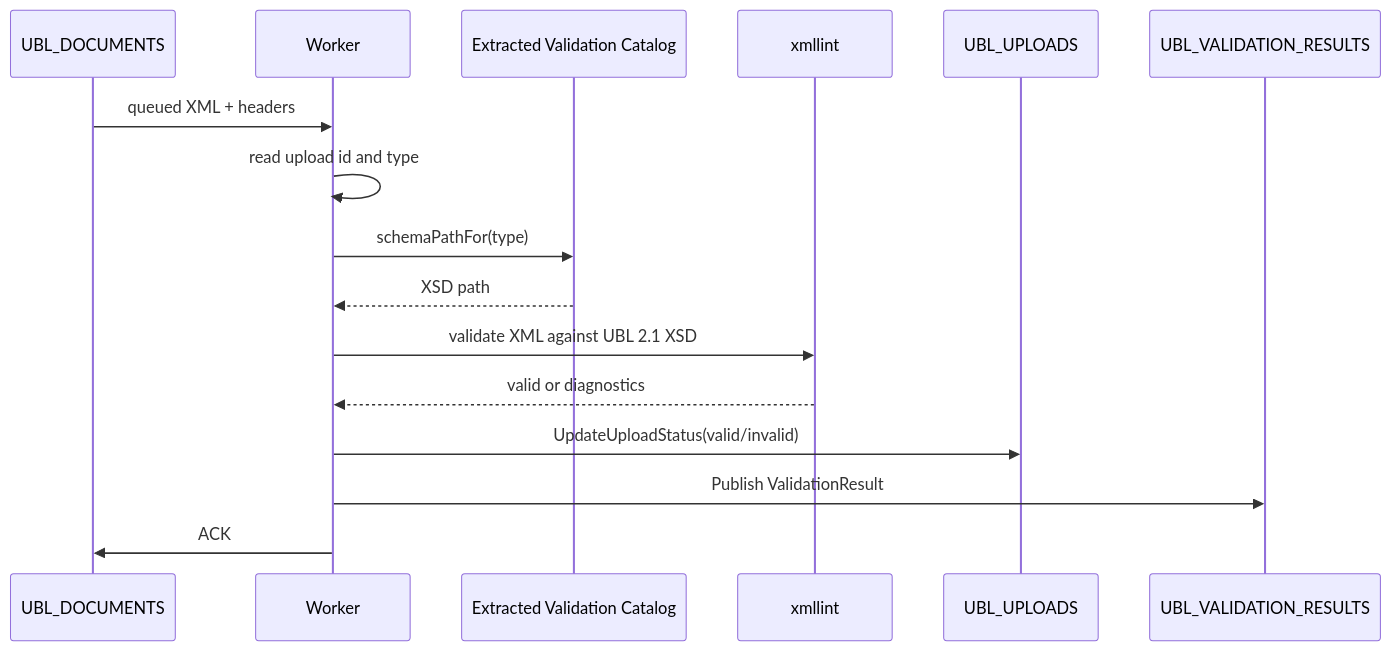
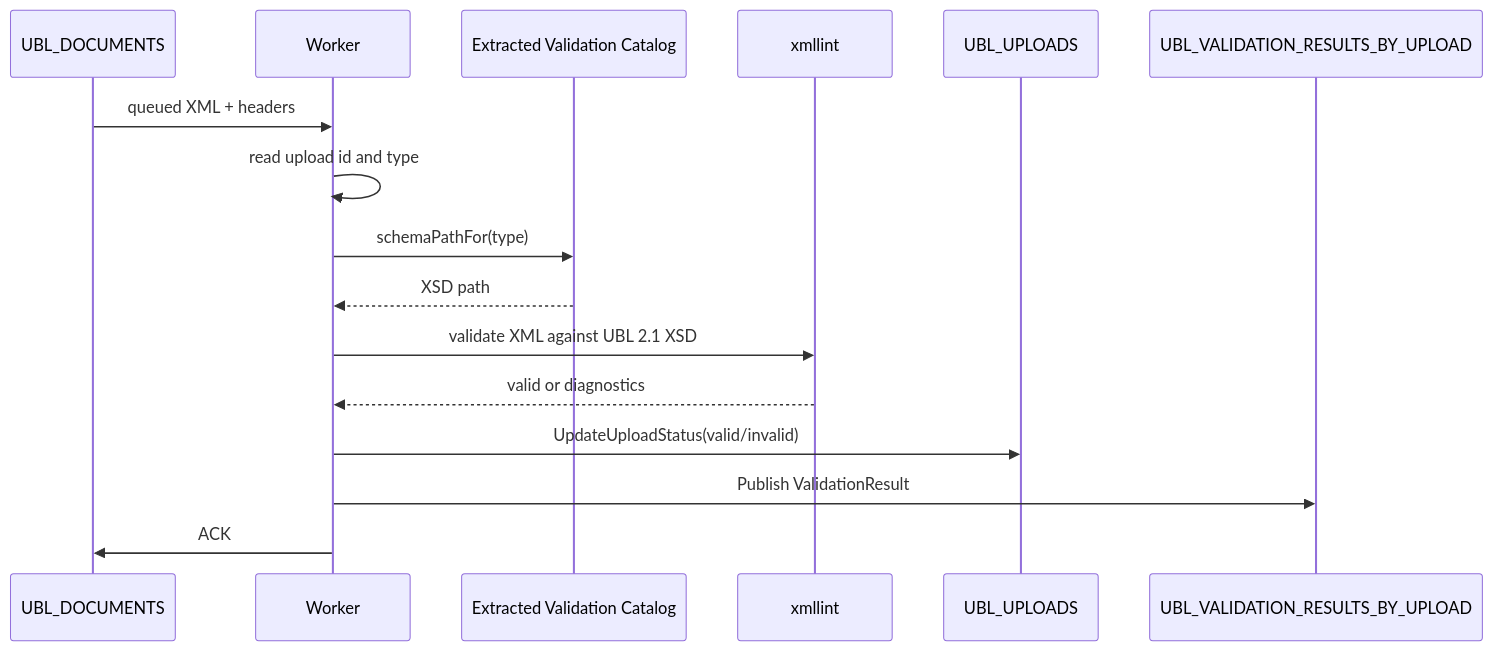
One commit to PaddyFrenchman/e-ubl21 changed the third of 4 diagrams in SERVER-DATAFLOW-2026-08-24.md. Above: the diagram before and after it, drawn with Mermaid. The commit also changed other lines of this file and 11 other files, not shown here.

````diff
--- a/SERVER-DATAFLOW-2026-08-24.md
+++ b/SERVER-DATAFLOW-2026-08-24.md
@@ -426,19 +426,19 @@
 ```mermaid
 sequenceDiagram
     participant JS as UBL_DOCUMENTS
     participant Worker
     participant Catalog as Extracted Validation Catalog
     participant xmllint
     participant KV as UBL_UPLOADS
-    participant Results as UBL_VALIDATION_RESULTS
+    participant Results as UBL_VALIDATION_RESULTS_BY_UPLOAD
 
     JS->>Worker: queued XML + headers
     Worker->>Worker: read upload id and type
     Worker->>Catalog: schemaPathFor(type)
     Catalog-->>Worker: XSD path
     Worker->>xmllint: validate XML against UBL 2.1 XSD
     xmllint-->>Worker: valid or diagnostics
     Worker->>KV: UpdateUploadStatus(valid/invalid)
     Worker->>Results: Publish ValidationResult
     Worker->>JS: ACK
 ```
````
